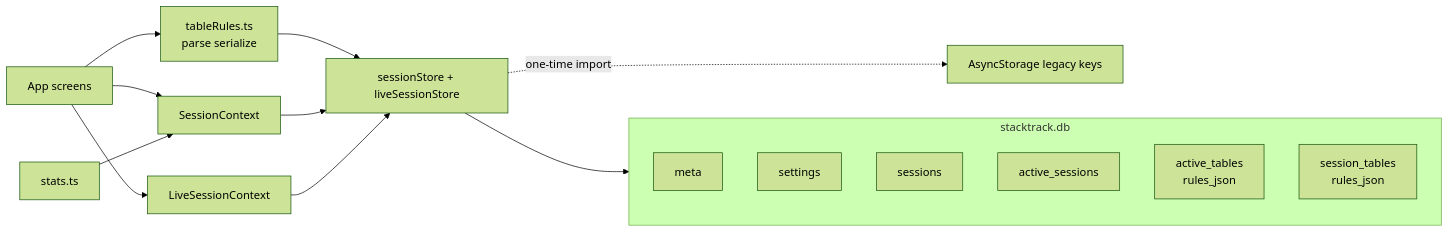
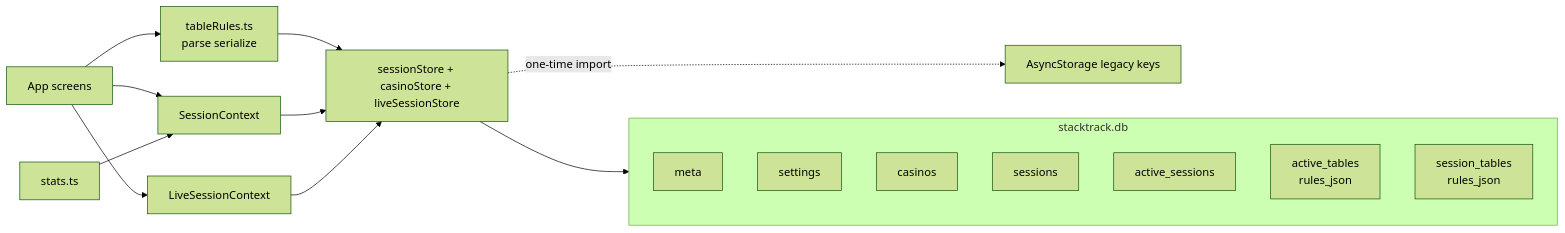
The second of 2 diagrams in docs/schema.md (Trevor5008/StackTrack), drawn with Mermaid (forest theme) before and after one commit. The commit also changed other lines of this file and 27 other files, not shown here.

````diff
--- a/docs/schema.md
+++ b/docs/schema.md
@@ -265,21 +310,22 @@
 ```mermaid
 flowchart LR
   subgraph SQLite["stacktrack.db"]
     Meta[meta]
     SettingsTbl[settings]
+    CasinosTbl[casinos]
     SessionsTbl[sessions]
     ActiveSessions[active_sessions]
     ActiveTables["active_tables<br/>rules_json"]
     SessionTables["session_tables<br/>rules_json"]
   end
 
-  Store["sessionStore + liveSessionStore"] --> SQLite
+  Store["sessionStore + casinoStore + liveSessionStore"] --> SQLite
   RulesLib["tableRules.ts<br/>parse serialize"] --> Store
   Store -.->|"one-time import"| Legacy[AsyncStorage legacy keys]
   SessionCtx[SessionContext] --> Store
   LiveCtx[LiveSessionContext] --> Store
   Screens[App screens] --> SessionCtx
   Screens --> LiveCtx
   Screens --> RulesLib
   Stats[stats.ts] --> SessionCtx
 ```
````
